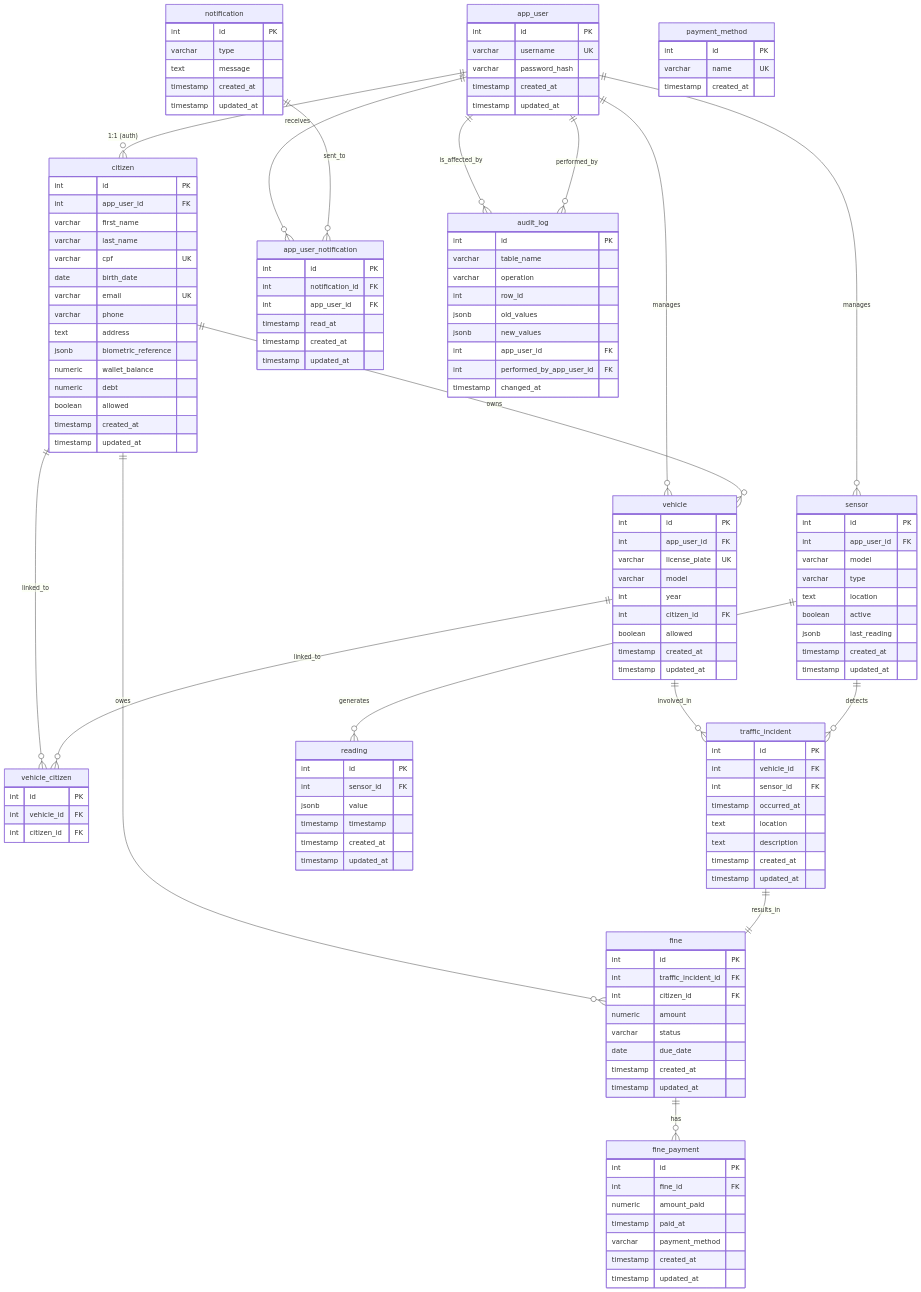
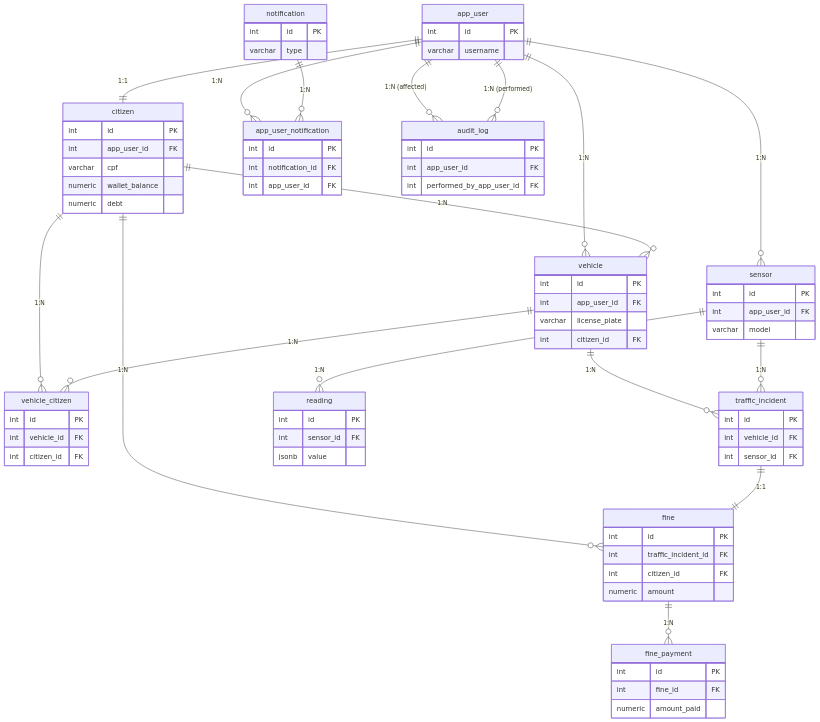
Before and after one commit to cidade-felipe/smart-city-os: the diagram in DOCUMENTATION.md, drawn with Mermaid.

Commit message:
atualizacao da documentacao

````diff
--- a/DOCUMENTATION.md
+++ b/DOCUMENTATION.md
@@ -52,156 +52,87 @@
 ```mermaid
 erDiagram
-    app_user ||--o{ citizen : "1:1 (auth)"
-    app_user ||--o{ vehicle : "manages"
-    app_user ||--o{ sensor : "manages"
-    app_user ||--o{ app_user_notification : "receives"
-    app_user ||--o{ audit_log : "is_affected_by"
-    app_user ||--o{ audit_log : "performed_by"
+    app_user ||--|| citizen : "1:1"
+    app_user ||--o{ vehicle : "1:N"
+    app_user ||--o{ sensor : "1:N"
+    app_user ||--o{ app_user_notification : "1:N"
+    app_user ||--o{ audit_log : "1:N (affected)"
+    app_user ||--o{ audit_log : "1:N (performed)"
 
-    citizen ||--o{ vehicle : "owns"
-    citizen ||--o{ vehicle_citizen : "linked_to"
-    citizen ||--o{ fine : "owes"
+    citizen ||--o{ vehicle : "1:N"
+    citizen ||--o{ vehicle_citizen : "1:N"
+    citizen ||--o{ fine : "1:N"
 
-    vehicle ||--o{ vehicle_citizen : "linked_to"
-    vehicle ||--o{ traffic_incident : "involved_in"
+    vehicle ||--o{ vehicle_citizen : "1:N"
+    vehicle ||--o{ traffic_incident : "1:N"
 
-    sensor ||--o{ reading : "generates"
-    sensor ||--o{ traffic_incident : "detects"
+    sensor ||--o{ reading : "1:N"
+    sensor ||--o{ traffic_incident : "1:N"
 
-    traffic_incident ||--|| fine : "results_in"
-    fine ||--o{ fine_payment : "has"
+    traffic_incident ||--|| fine : "1:1"
+    fine ||--o{ fine_payment : "1:N"
 
-    notification ||--o{ app_user_notification : "sent_to"
+    notification ||--o{ app_user_notification : "1:N"
 
     app_user {
         int id PK
-        varchar username UK
-        varchar password_hash
-        timestamp created_at
-        timestamp updated_at
+        varchar username
     }
-
     citizen {
         int id PK
         int app_user_id FK
-        varchar first_name
-        varchar last_name
-        varchar cpf UK
-        date birth_date
-        varchar email UK
-        varchar phone
-        text address
-        jsonb biometric_reference
+        varchar cpf
         numeric wallet_balance
         numeric debt
-        boolean allowed
-        timestamp created_at
-        timestamp updated_at
     }
-
     vehicle {
         int id PK
         int app_user_id FK
-        varchar license_plate UK
-        varchar model
-        int year
+        varchar license_plate
         int citizen_id FK
-        boolean allowed
-        timestamp created_at
-        timestamp updated_at
     }
-
     vehicle_citizen {
         int id PK
         int vehicle_id FK
         int citizen_id FK
     }
-
     sensor {
         int id PK
         int app_user_id FK
         varchar model
-        varchar type
-        text location
-        boolean active
-        jsonb last_reading
-        timestamp created_at
-        timestamp updated_at
     }
-
     reading {
         int id PK
         int sensor_id FK
         jsonb value
-        timestamp timestamp
-        timestamp created_at
-        timestamp updated_at
     }
-
     traffic_incident {
         int id PK
         int vehicle_id FK
         int sensor_id FK
-        timestamp occurred_at
-        text location
-        text description
-        timestamp created_at
-        timestamp updated_at
     }
-
     fine {
         int id PK
         int traffic_incident_id FK
         int citizen_id FK
         numeric amount
-        varchar status
-        date due_date
-        timestamp created_at
-        timestamp updated_at
     }
-
     fine_payment {
         int id PK
         int fine_id FK
         numeric amount_paid
-        timestamp paid_at
-        varchar payment_method
-        timestamp created_at
-        timestamp updated_at
     }
-
-    payment_method {
-        int id PK
-        varchar name UK
-        timestamp created_at
-    }
-
     notification {
         int id PK
         varchar type
-        text message
-        timestamp created_at
-        timestamp updated_at
     }
-
     app_user_notification {
         int id PK
         int notification_id FK
         int app_user_id FK
-        timestamp read_at
-        timestamp created_at
-        timestamp updated_at
     }
-
     audit_log {
         int id PK
-        varchar table_name
-        varchar operation
-        int row_id
-        jsonb old_values
-        jsonb new_values
         int app_user_id FK
         int performed_by_app_user_id FK
-        timestamp changed_at
     }
 ```
````
